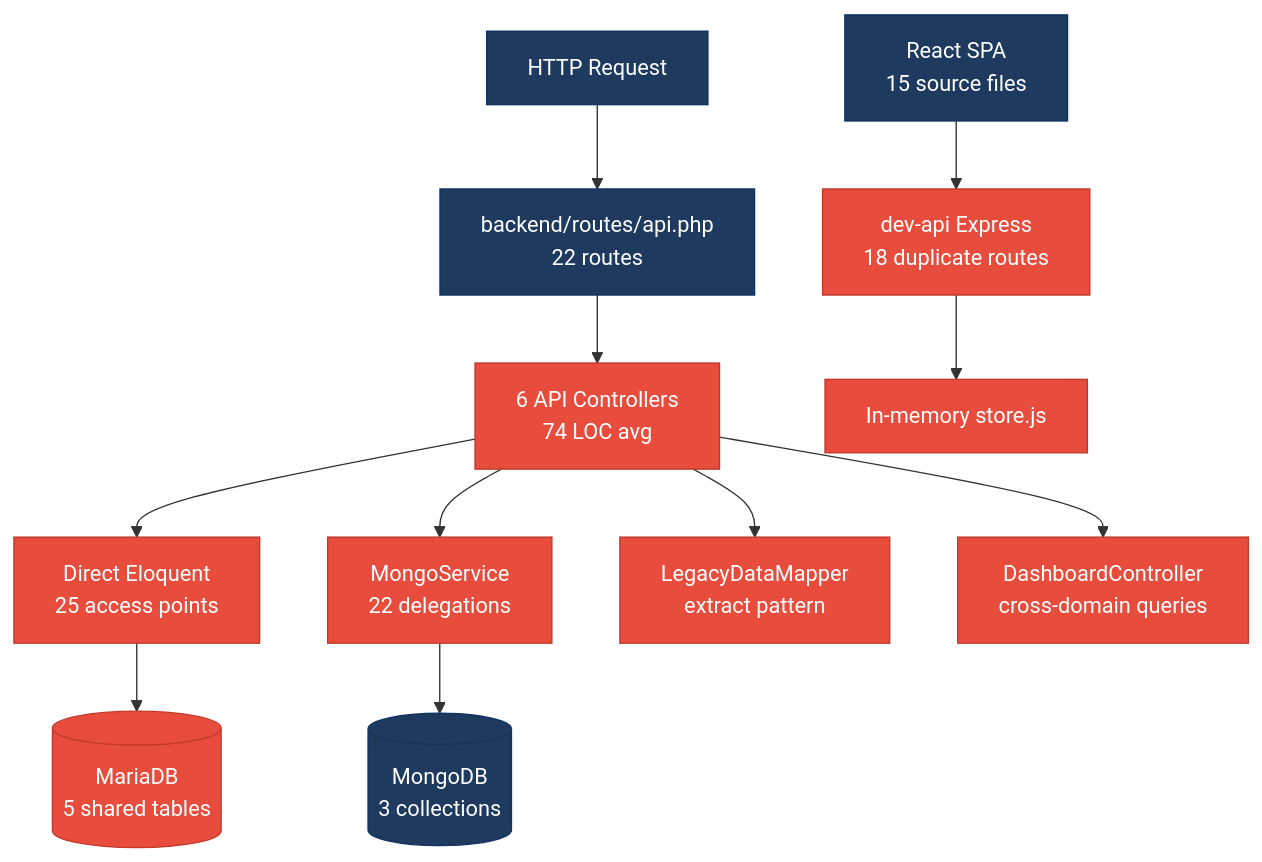
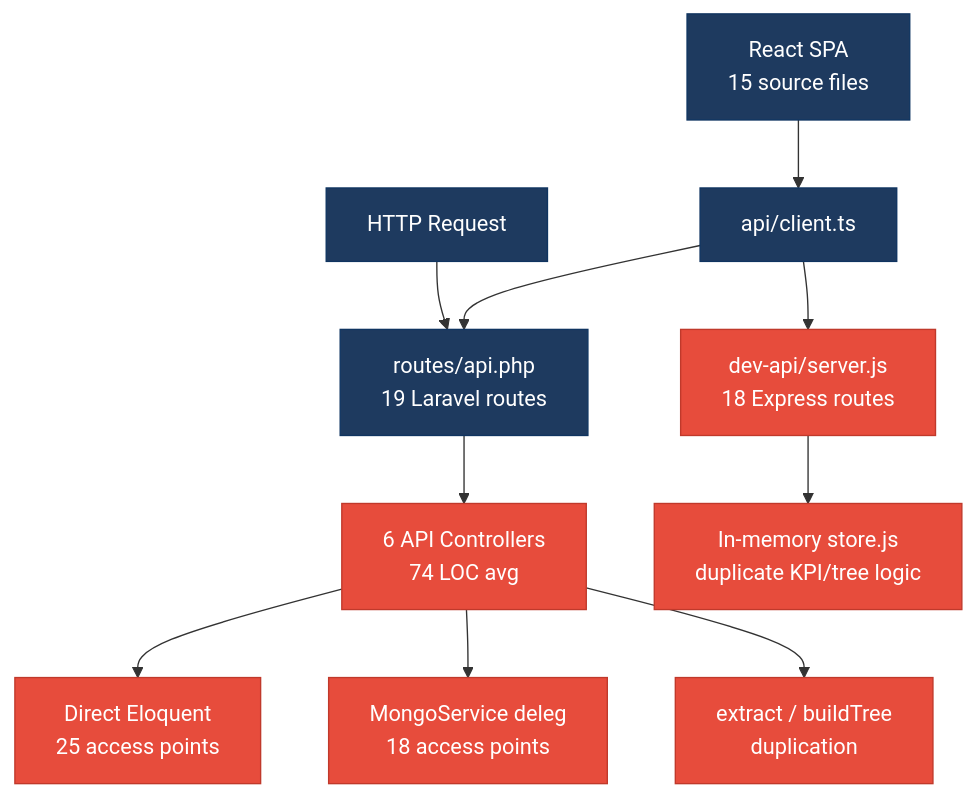
One commit to shende-shweta/FSDKC changed the first of 5 diagrams in docs/discovery/01-architecture-design.md. Above: the diagram before and after it, drawn with Mermaid. The commit also changed other lines of this file and 1 other file, not shown here.

````diff
--- a/docs/discovery/01-architecture-design.md
+++ b/docs/discovery/01-architecture-design.md
@@ -456,17 +379,16 @@
 ```mermaid
 flowchart TD
-  REQ[HTTP Request] --> ROUTES["backend/routes/api.php<br/>22 routes"]
-  ROUTES --> FC["6 API Controllers<br/>74 LOC avg"]
-  FC --> ELOQ["Direct Eloquent<br/>25 access points"]
-  FC --> MONGO["MongoService<br/>22 delegations"]
-  FC --> HELP["LegacyDataMapper<br/>extract pattern"]
-  FC --> DASH["DashboardController<br/>cross-domain queries"]
-  SPA["React SPA<br/>15 source files"] --> DEVAPI["dev-api Express<br/>18 duplicate routes"]
-  DEVAPI --> STORE["In-memory store.js"]
-  ELOQ --> DB[("MariaDB<br/>5 shared tables")]
-  MONGO --> MDB[("MongoDB<br/>3 collections")]
+  A[HTTP Request] --> B["routes/api.php<br/>19 Laravel routes"]
+  B --> C["6 API Controllers<br/>74 LOC avg"]
+  C --> D["Direct Eloquent<br/>25 access points"]
+  C --> E["MongoService deleg<br/>18 access points"]
+  C --> F["extract / buildTree<br/>duplication"]
+  G["dev-api/server.js<br/>18 Express routes"] --> H["In-memory store.js<br/>duplicate KPI/tree logic"]
+  I["React SPA<br/>15 source files"] --> J["api/client.ts"]
+  J --> B
+  J --> G
   classDef critical fill:#e74c3c,stroke:#c0392b,color:#fff
   classDef normal fill:#1e3a5f,stroke:#0f3460,color:#fff
-  class REQ,ROUTES,SPA,MDB normal
-  class FC,ELOQ,MONGO,HELP,DASH,DEVAPI,STORE,DB critical
+  class C,D,E,F,G,H critical
+  class A,B,I,J normal
 ```
````
